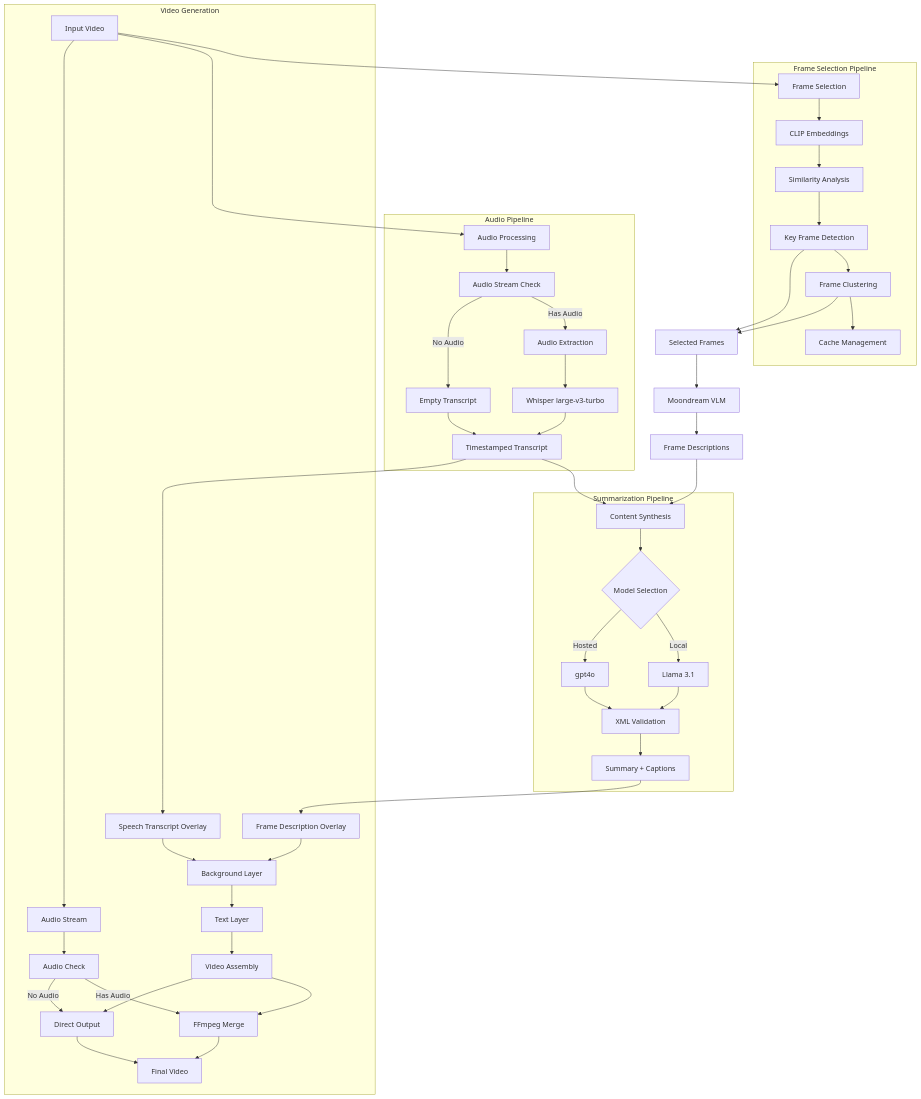
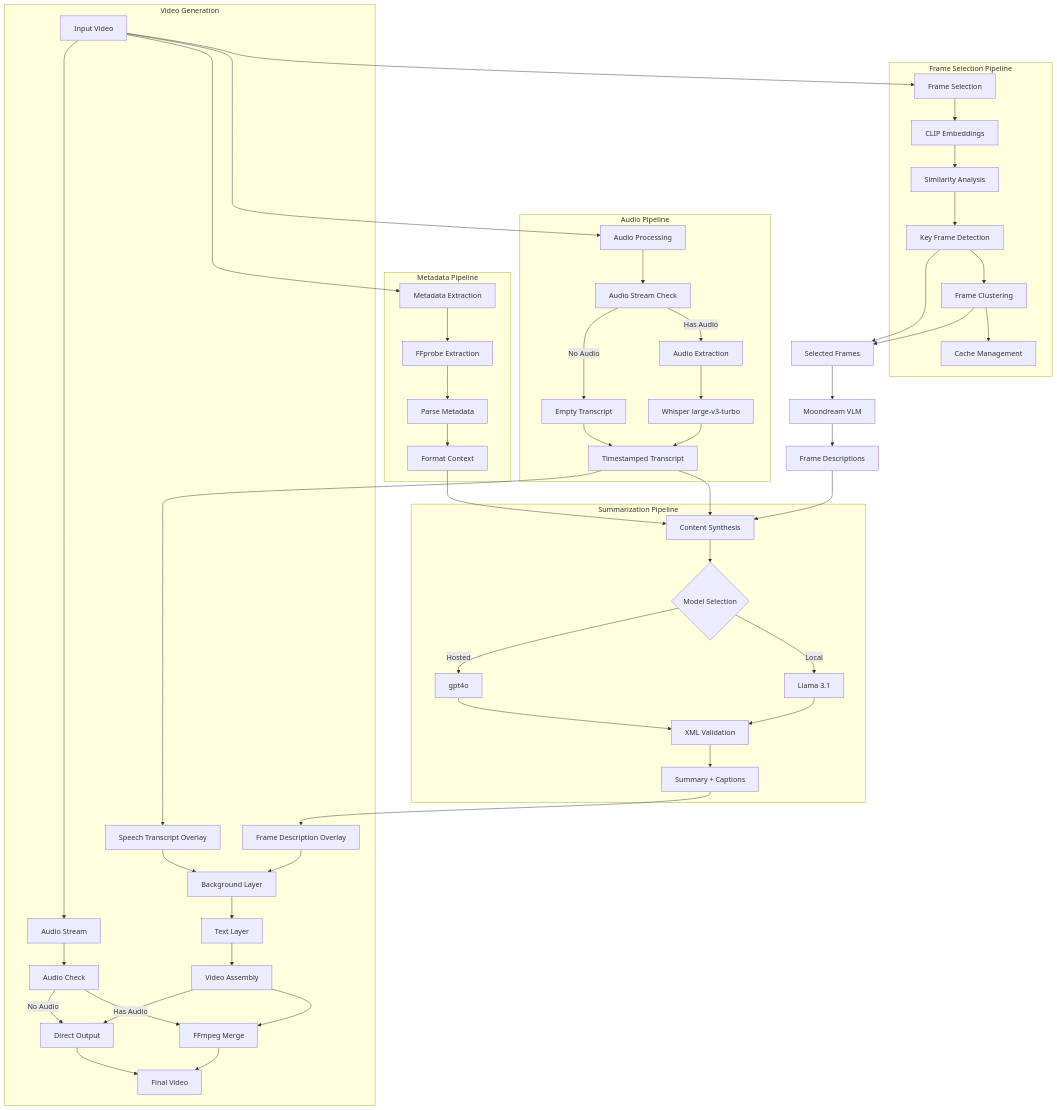
The first of 2 diagrams in README.md (parsakhaz/video-understanding-engine), drawn with Mermaid before and after one commit. The commit also changed other lines of this file, not shown here.

````diff
--- a/README.md
+++ b/README.md
@@ -132,56 +135,64 @@
 ```mermaid
 graph TD
     A[Input Video] --> B[Frame Selection]
     A --> C[Audio Processing]
+    A --> MD[Metadata Extraction]
     
     subgraph "Frame Selection Pipeline"
     B --> D[CLIP Embeddings]
     D --> E[Similarity Analysis]
     E --> F[Key Frame Detection]
     F --> G[Frame Clustering]
     G --> H[Cache Management]
     end
     
     subgraph "Audio Pipeline"
     C --> AA[Audio Stream Check]
     AA -->|Has Audio| AE[Audio Extraction]
     AA -->|No Audio| AB[Empty Transcript]
     AE --> I[Whisper large-v3-turbo]
     I --> J[Timestamped Transcript]
     AB --> J
     end
     
+    subgraph "Metadata Pipeline"
+    MD --> ME[FFprobe Extraction]
+    ME --> MF[Parse Metadata]
+    MF --> MG[Format Context]
+    end
+    
     F --> L[Selected Frames]
     G --> L
     L --> M[Moondream VLM]
     M --> N[Frame Descriptions]
     
     J --> O[Content Synthesis]
     N --> O
+    MG --> O
     
     subgraph "Summarization Pipeline"
     O --> P{Model Selection}
     P -->|Local| Q[Llama 3.1]
     P -->|Hosted| R[gpt4o]
     Q --> S[XML Validation]
     R --> S
     S --> T[Summary + Captions]
     end
     
     subgraph "Video Generation"
     T --> U[Frame Description Overlay]
     J --> V[Speech Transcript Overlay]
     U --> AI[Background Layer]
     AI --> AJ[Text Layer]
     V --> AI
     AJ --> W[Video Assembly]
     A --> X[Audio Stream]
     X --> AC[Audio Check]
     AC -->|Has Audio| Y[FFmpeg Merge]
     AC -->|No Audio| AD[Direct Output]
     W --> Y
     W --> AD
     Y --> AK[Final Video]
     AD --> AK
     end
 ```
````
